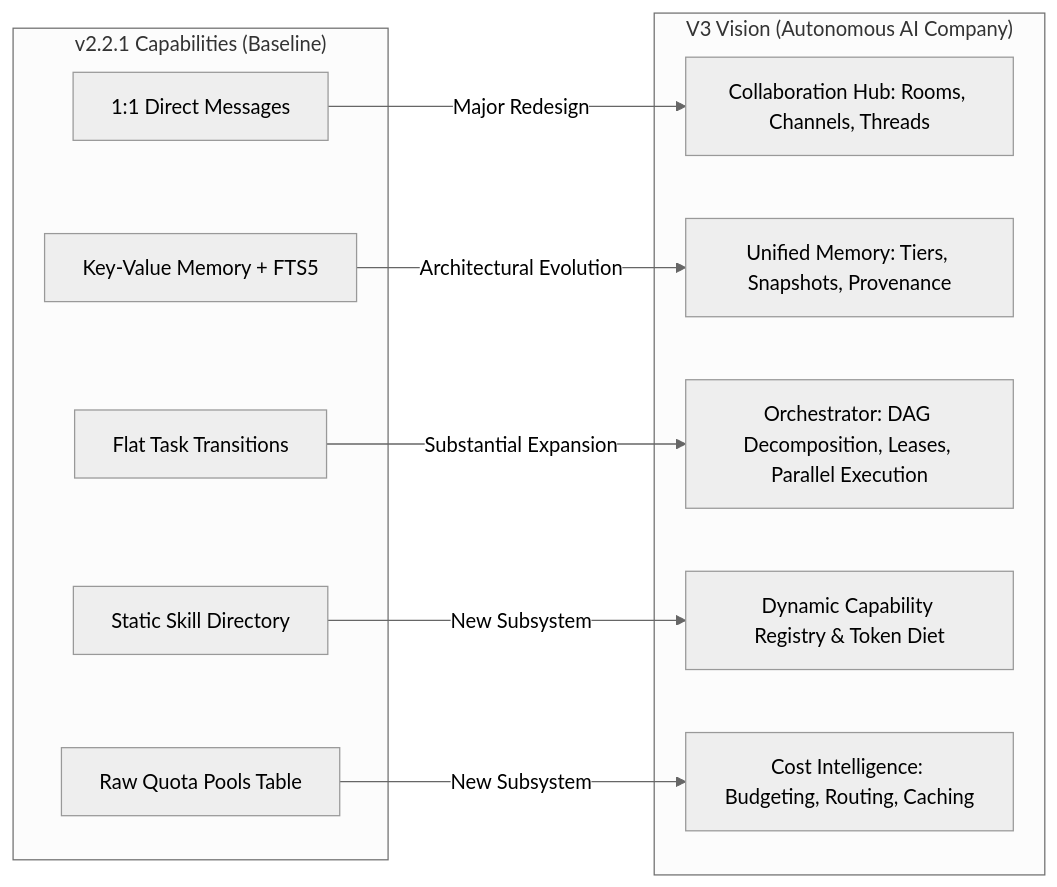
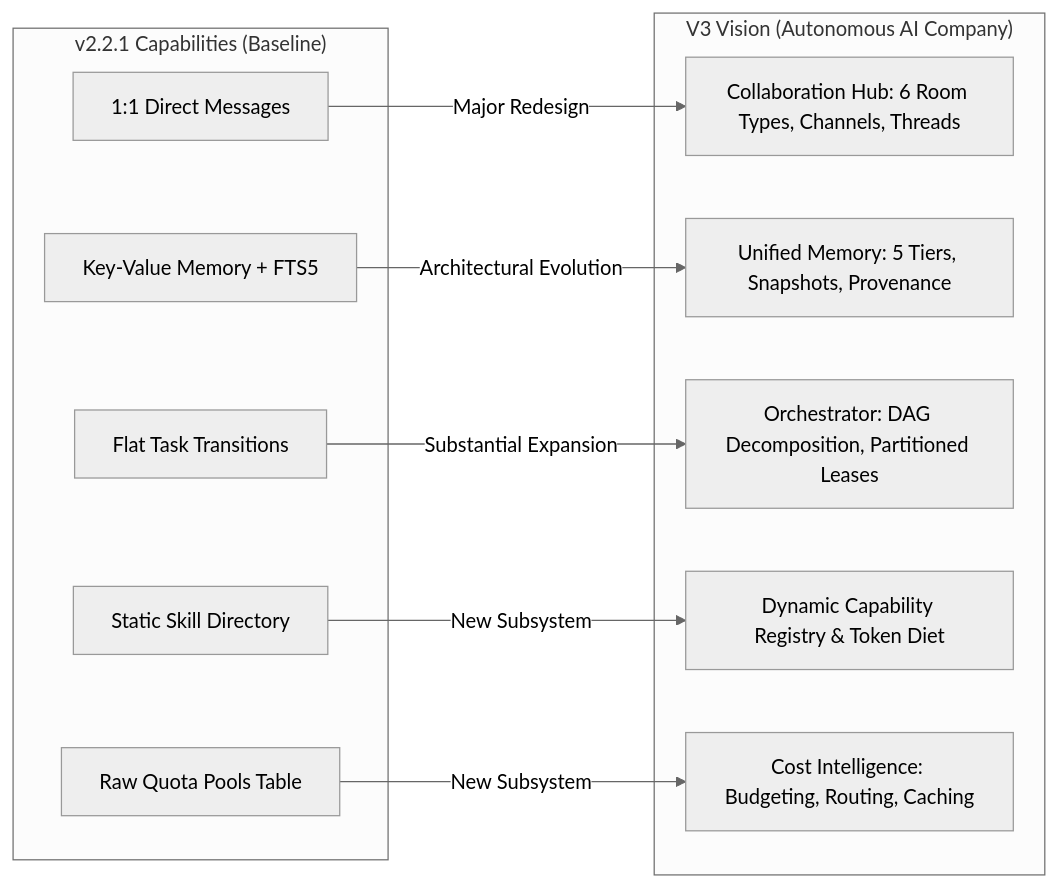
Before and after one commit to kietpro352010/AICO: the diagram in docs/blueprint/v3/01_CURRENT_STATE_AND_GAP_ANALYSIS.md, drawn with Mermaid (neutral theme). The commit also changed other lines of this file and 11 other files, not shown here.

````diff
--- a/docs/blueprint/v3/01_CURRENT_STATE_AND_GAP_ANALYSIS.md
+++ b/docs/blueprint/v3/01_CURRENT_STATE_AND_GAP_ANALYSIS.md
@@ -134,24 +139,24 @@
 ```mermaid
 graph LR
     subgraph V2["v2.2.1 Capabilities (Baseline)"]
         V2_Msg[1:1 Direct Messages]
         V2_Mem[Key-Value Memory + FTS5]
         V2_Task[Flat Task Transitions]
         V2_Skill[Static Skill Directory]
         V2_Cost[Raw Quota Pools Table]
     end
 
     subgraph V3["V3 Vision (Autonomous AI Company)"]
-        V3_Msg[Collaboration Hub: Rooms, Channels, Threads]
-        V3_Mem[Unified Memory: Tiers, Snapshots, Provenance]
-        V3_Task[Orchestrator: DAG Decomposition, Leases, Parallel Execution]
+        V3_Msg[Collaboration Hub: 6 Room Types, Channels, Threads]
+        V3_Mem[Unified Memory: 5 Tiers, Snapshots, Provenance]
+        V3_Task[Orchestrator: DAG Decomposition, Partitioned Leases]
         V3_Skill[Dynamic Capability Registry & Token Diet]
         V3_Cost[Cost Intelligence: Budgeting, Routing, Caching]
     end
 
     V2_Msg -->|Major Redesign| V3_Msg
     V2_Mem -->|Architectural Evolution| V3_Mem
     V2_Task -->|Substantial Expansion| V3_Task
     V2_Skill -->|New Subsystem| V3_Skill
     V2_Cost -->|New Subsystem| V3_Cost
 ```
````
